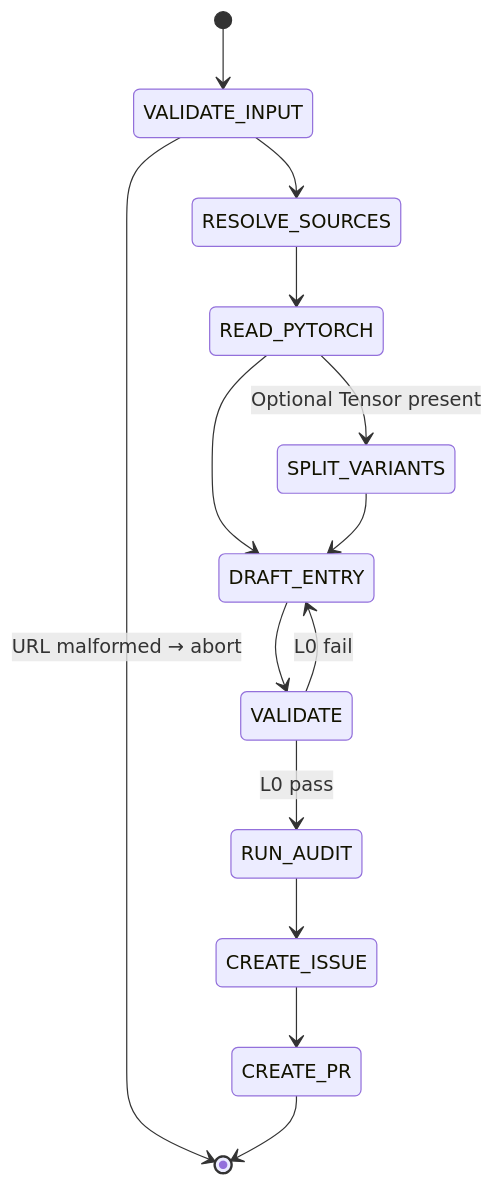
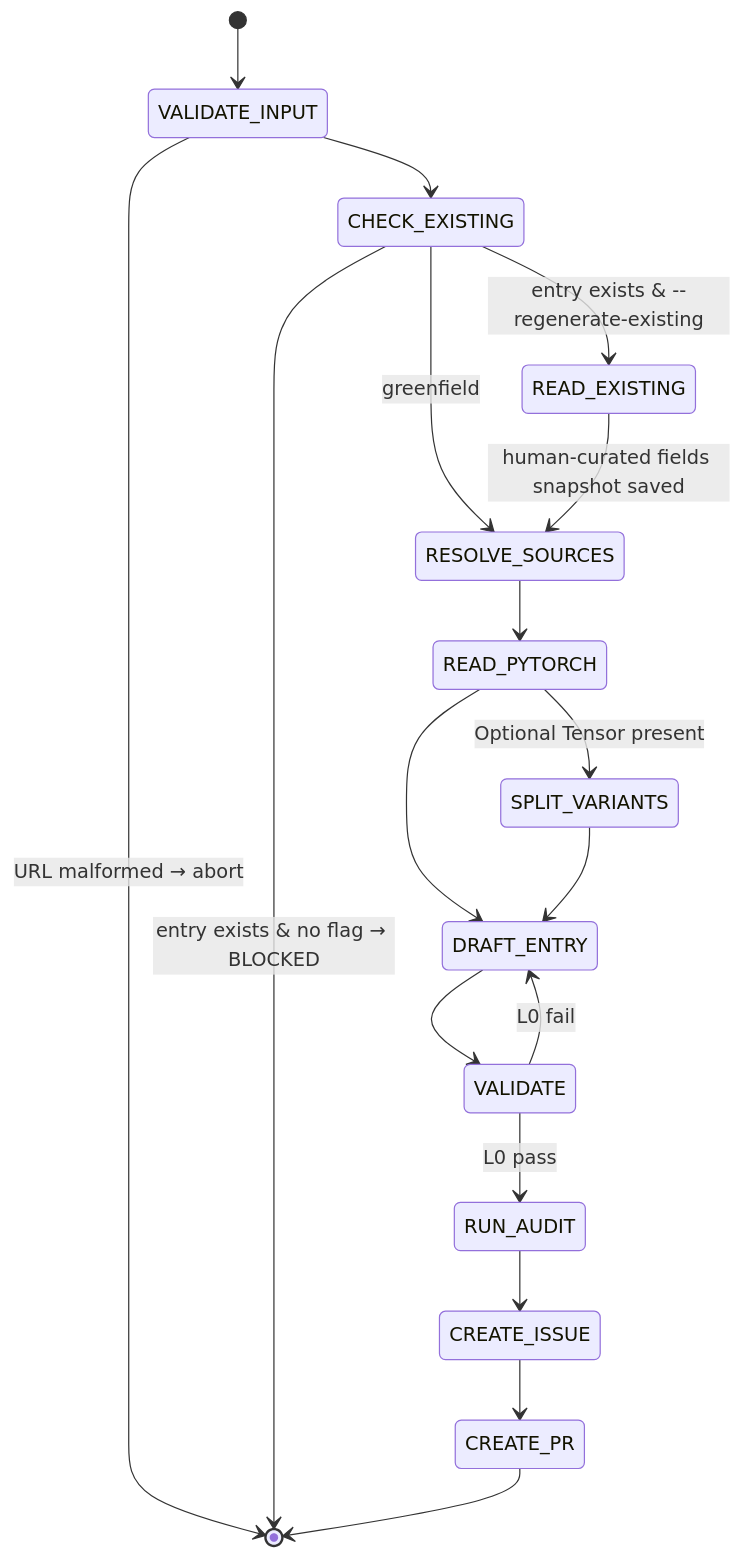
One commit to tile-ai/TileOPs changed the diagram in .claude/skills/add-manifest/SKILL.md. Above: the diagram before and after it, drawn with Mermaid. The commit also changed other lines of this file and 1 other file, not shown here.

````diff
--- a/.claude/skills/add-manifest/SKILL.md
+++ b/.claude/skills/add-manifest/SKILL.md
@@ -22,16 +48,20 @@
 ```mermaid
 stateDiagram-v2
     [*] --> VALIDATE_INPUT
     VALIDATE_INPUT --> [*]: URL malformed → abort
-    VALIDATE_INPUT --> RESOLVE_SOURCES
+    VALIDATE_INPUT --> CHECK_EXISTING
+    CHECK_EXISTING --> READ_EXISTING: entry exists & --regenerate-existing
+    CHECK_EXISTING --> [*]: entry exists & no flag → BLOCKED
+    CHECK_EXISTING --> RESOLVE_SOURCES: greenfield
+    READ_EXISTING --> RESOLVE_SOURCES: human-curated fields snapshot saved
     RESOLVE_SOURCES --> READ_PYTORCH
     READ_PYTORCH --> SPLIT_VARIANTS: Optional Tensor present
     READ_PYTORCH --> DRAFT_ENTRY
     SPLIT_VARIANTS --> DRAFT_ENTRY
     DRAFT_ENTRY --> VALIDATE
     VALIDATE --> DRAFT_ENTRY: L0 fail
     VALIDATE --> RUN_AUDIT: L0 pass
     RUN_AUDIT --> CREATE_ISSUE
     CREATE_ISSUE --> CREATE_PR
     CREATE_PR --> [*]
 ```
````
